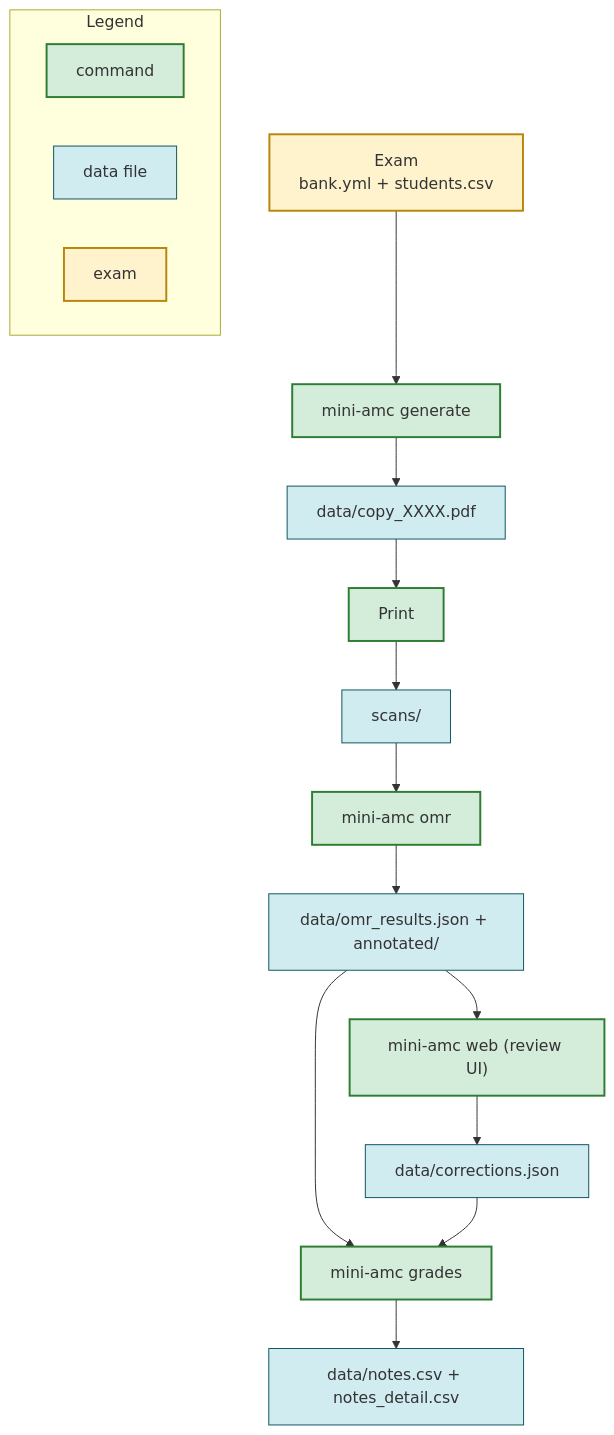
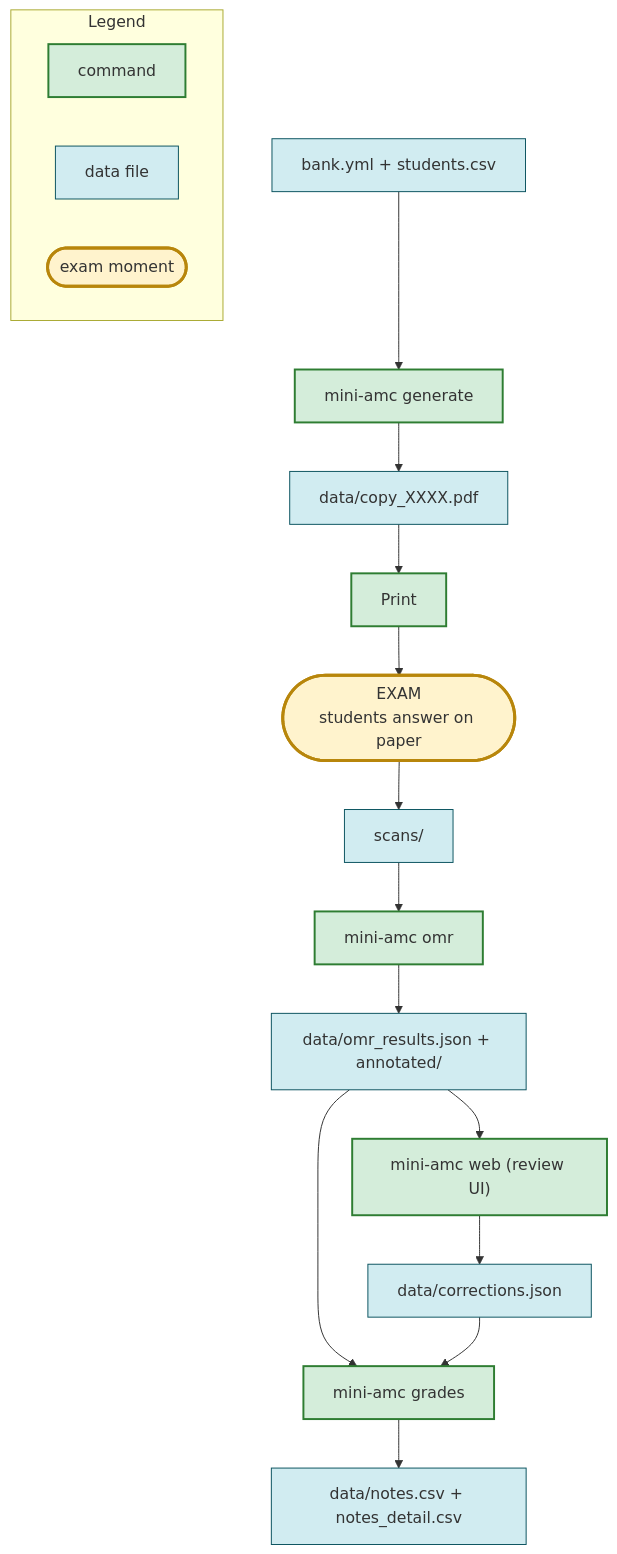
One commit to boileaum/mini-amc changed the diagram in README.md. Above: the diagram before and after it, drawn with Mermaid. The commit also changed other lines of this file and 14 other files, not shown here.

First line of the commit message:
Why-comments on tricky code points, README exam-moment node + software bricks, per-module API pages

````diff
--- a/README.md
+++ b/README.md
@@ -34,26 +35,27 @@
 ```mermaid
 flowchart TD
-  classDef exam fill:#fff3cd,stroke:#b8860b,stroke-width:2px
+  classDef exam fill:#fff3cd,stroke:#b8860b,stroke-width:3px
   classDef tool fill:#d4edda,stroke:#2e7d32,stroke-width:2px
   classDef data fill:#d1ecf1,stroke:#0c5460
 
-  exam["Exam<br/>bank.yml + students.csv"]:::exam
-  exam --> gen["mini-amc generate"]:::tool
+  bank["bank.yml + students.csv"]:::data
+  bank --> gen["mini-amc generate"]:::tool
   gen --> pdf["data/copy_XXXX.pdf"]:::data
   pdf --> print["Print"]:::tool
-  print --> scans["scans/"]:::data
+  print --> exam(["EXAM<br/>students answer on paper"]):::exam
+  exam --> scans["scans/"]:::data
   scans --> omr["mini-amc omr"]:::tool
   omr --> res["data/omr_results.json + annotated/"]:::data
   res --> web["mini-amc web (review UI)"]:::tool
   res --> grades["mini-amc grades"]:::tool
   web --> corr["data/corrections.json"]:::data
   corr --> grades
   grades --> notes["data/notes.csv + notes_detail.csv"]:::data
 
   subgraph legend["Legend"]
     direction LR
     lt["command"]:::tool
     ld["data file"]:::data
-    le["exam"]:::exam
+    le(["exam moment"]):::exam
   end
 ```
````
